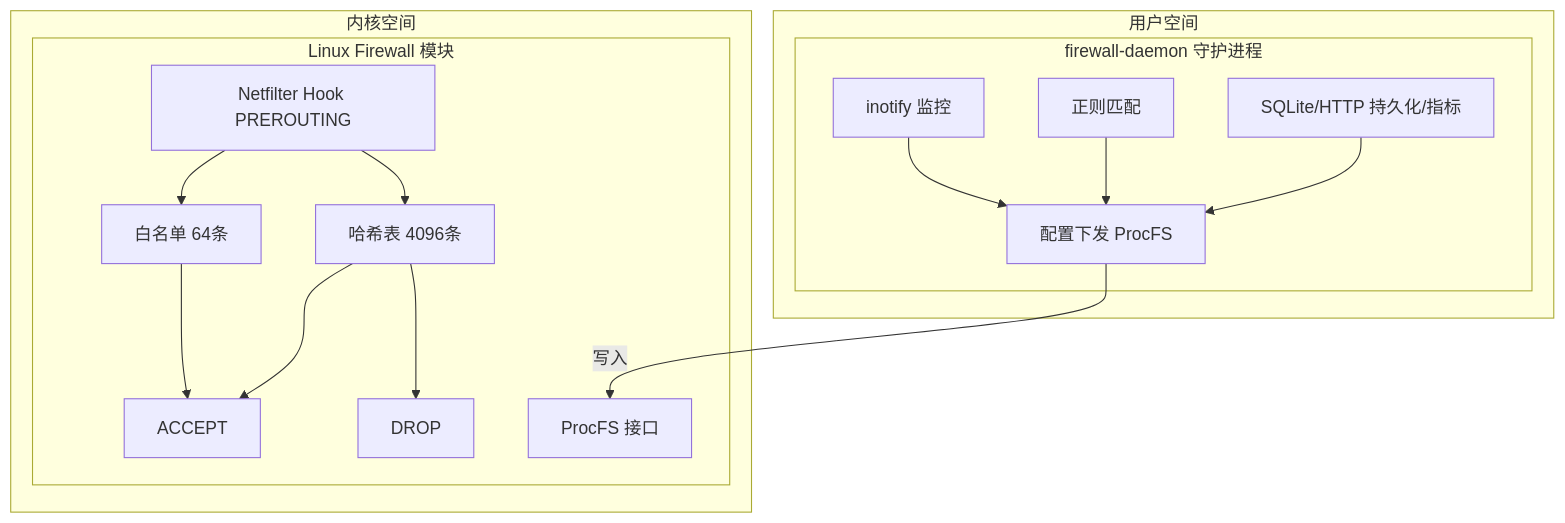
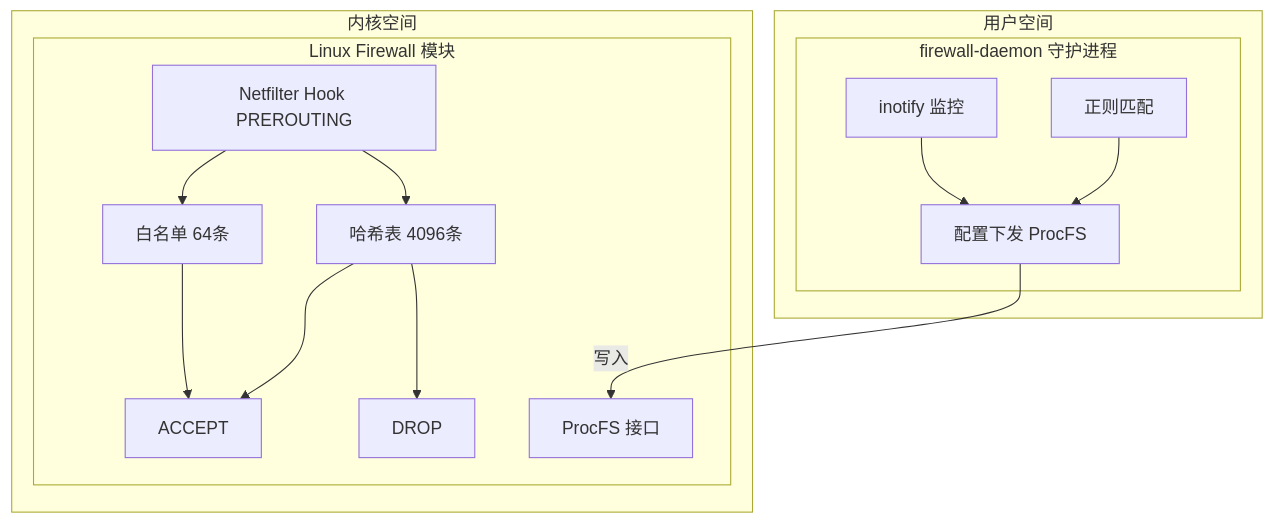
One commit to SnowCore8/linux-firewall-kmod changed the diagram in docs/zh/architecture/README.md. Above: the diagram before and after it, drawn with Mermaid. The commit also changed other lines of this file and 39 other files, not shown here.

````diff
--- a/docs/zh/architecture/README.md
+++ b/docs/zh/architecture/README.md
@@ -9,34 +9,32 @@
 ```mermaid
 graph TB
     subgraph UserSpace["用户空间"]
         subgraph Daemon["firewall-daemon 守护进程"]
             Inotify["inotify 监控"]
             REGEX["正则匹配"]
-            SQLite["SQLite/HTTP 持久化/指标"]
             ProcFS_Client["配置下发 ProcFS"]
 
             Inotify --> ProcFS_Client
             REGEX --> ProcFS_Client
-            SQLite --> ProcFS_Client
         end
     end
 
     subgraph KernelSpace["内核空间"]
         subgraph Firewall["Linux Firewall 模块"]
             Netfilter["Netfilter Hook PREROUTING"]
             Whitelist["白名单 64条"]
             HashTable["哈希表 4096条"]
             Accept["ACCEPT"]
             Drop["DROP"]
             ProcFS_Server["ProcFS 接口"]
             
             Netfilter --> Whitelist
             Netfilter --> HashTable
             Whitelist --> Accept
             HashTable --> Accept
             HashTable --> Drop
         end
     end
 
     ProcFS_Client -->|"写入"| ProcFS_Server
 ```
````
